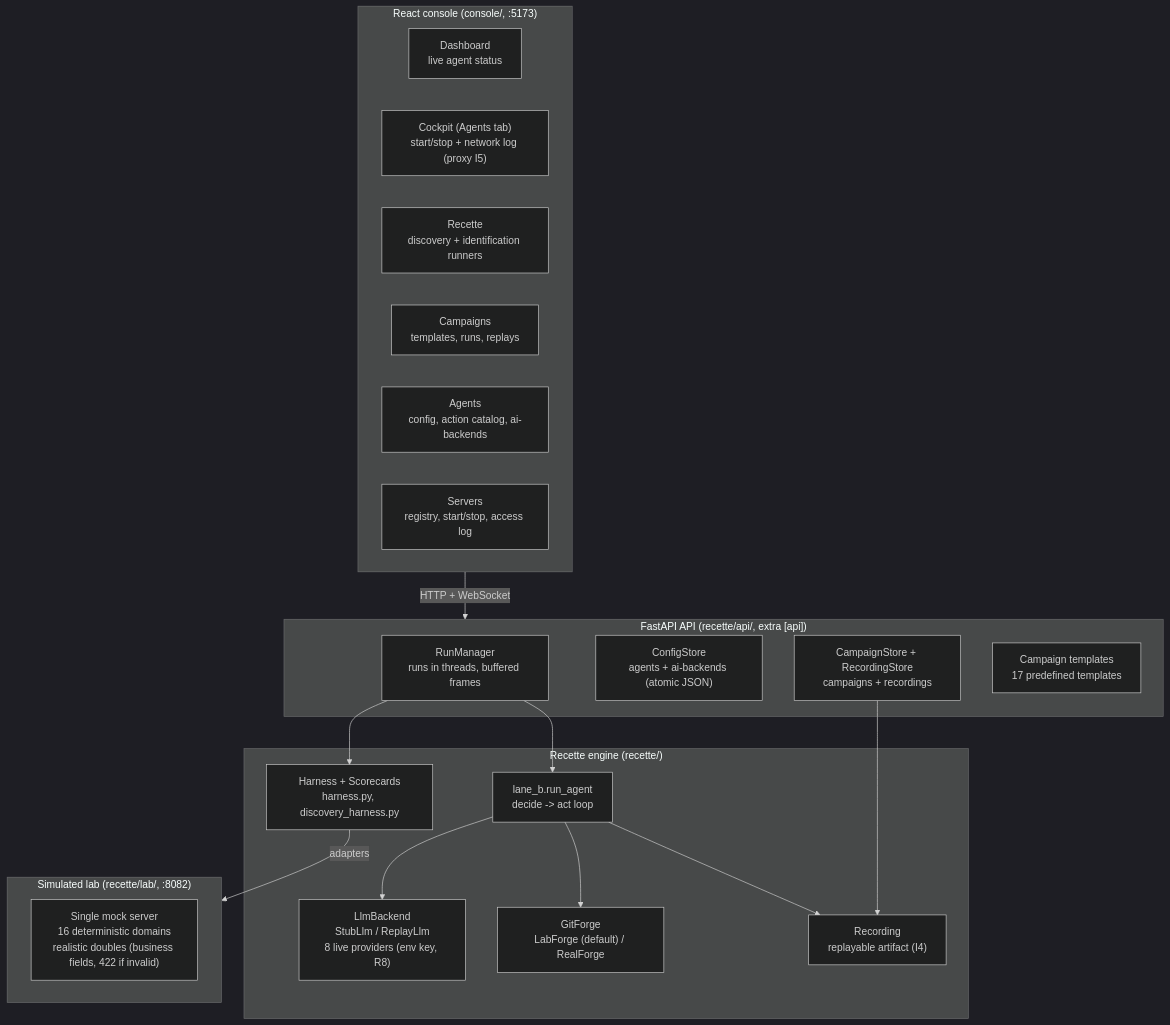
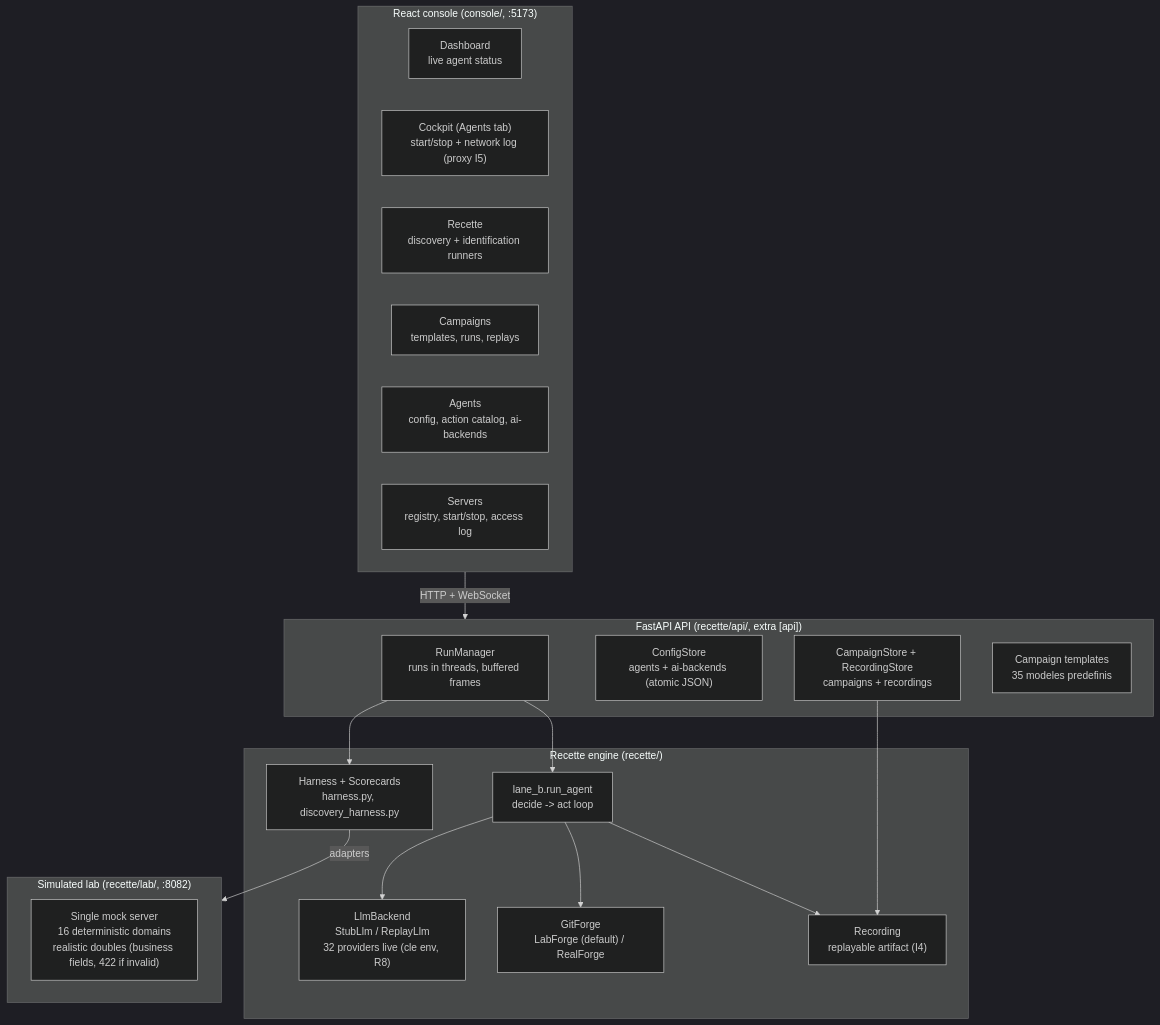
One commit to mo0ogly/recette_IA_agents changed the second of 12 diagrams in docs-site/i18n/en/docusaurus-plugin-content-docs/current/ARCHITECTURE.md. Above: the diagram before and after it, drawn with Mermaid (dark theme). The commit also changed 5 other files, not shown here.

First line of the commit message:
fix(llm,recette): empty-tools wire + stale diagram counts + provider_host test

````diff
--- a/docs-site/i18n/en/docusaurus-plugin-content-docs/current/ARCHITECTURE.md
+++ b/docs-site/i18n/en/docusaurus-plugin-content-docs/current/ARCHITECTURE.md
@@ -74,39 +74,39 @@
 ```mermaid
 flowchart TB
   subgraph CONSOLE["React console (console/, :5173)"]
     DASH["Dashboard<br/>live agent status"]
     COCK["Cockpit (Agents tab)<br/>start/stop + network log (proxy I5)"]
     RUNTAB["Recette<br/>discovery + identification runners"]
     CAMP["Campaigns<br/>templates, runs, replays"]
     AGENTS["Agents<br/>config, action catalog, ai-backends"]
     SRVTAB["Servers<br/>registry, start/stop, access log"]
   end
 
   subgraph API["FastAPI API (recette/api/, extra [api])"]
     RM["RunManager<br/>runs in threads, buffered frames"]
     CFG["ConfigStore<br/>agents + ai-backends (atomic JSON)"]
     CSTORE["CampaignStore + RecordingStore<br/>campaigns + recordings"]
-    TPL["Campaign templates<br/>17 predefined templates"]
+    TPL["Campaign templates<br/>35 modeles predefinis"]
   end
 
   subgraph ENGINE["Recette engine (recette/)"]
     LANEB["lane_b.run_agent<br/>decide -> act loop"]
-    LLM["LlmBackend<br/>StubLlm / ReplayLlm<br/>8 live providers (env key, R8)"]
+    LLM["LlmBackend<br/>StubLlm / ReplayLlm<br/>32 providers live (cle env, R8)"]
     FORGE["GitForge<br/>LabForge (default) / RealForge"]
     REC["Recording<br/>replayable artifact (I4)"]
     HARN["Harness + Scorecards<br/>harness.py, discovery_harness.py"]
   end
 
   subgraph LAB["Simulated lab (recette/lab/, :8082)"]
     MOCK["Single mock server<br/>16 deterministic domains<br/>realistic doubles (business fields, 422 if invalid)"]
   end
 
   CONSOLE -->|"HTTP + WebSocket"| API
   RM --> LANEB
   LANEB --> LLM
   LANEB --> FORGE
   LANEB --> REC
   RM --> HARN
   HARN -->|"adapters"| LAB
   CSTORE --> REC
 ```
````
